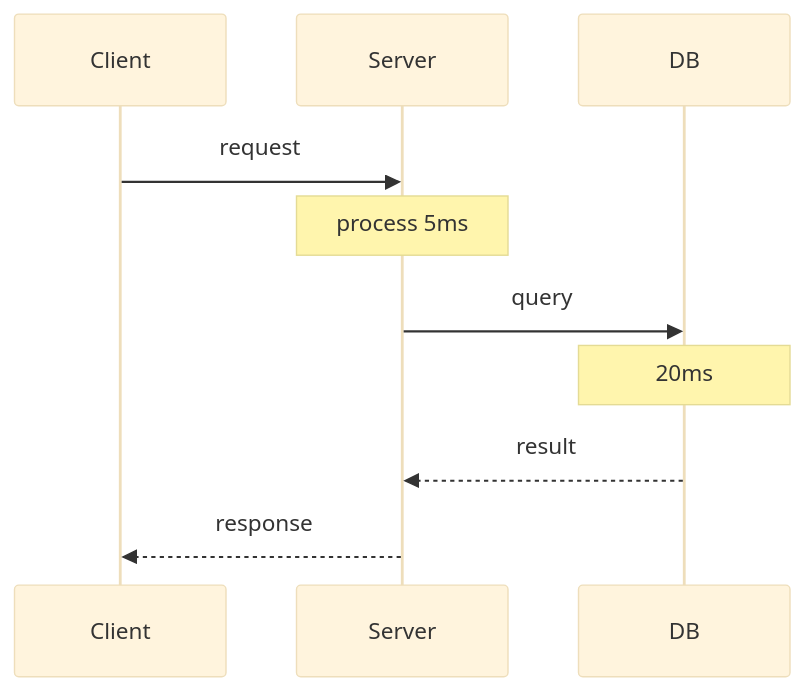
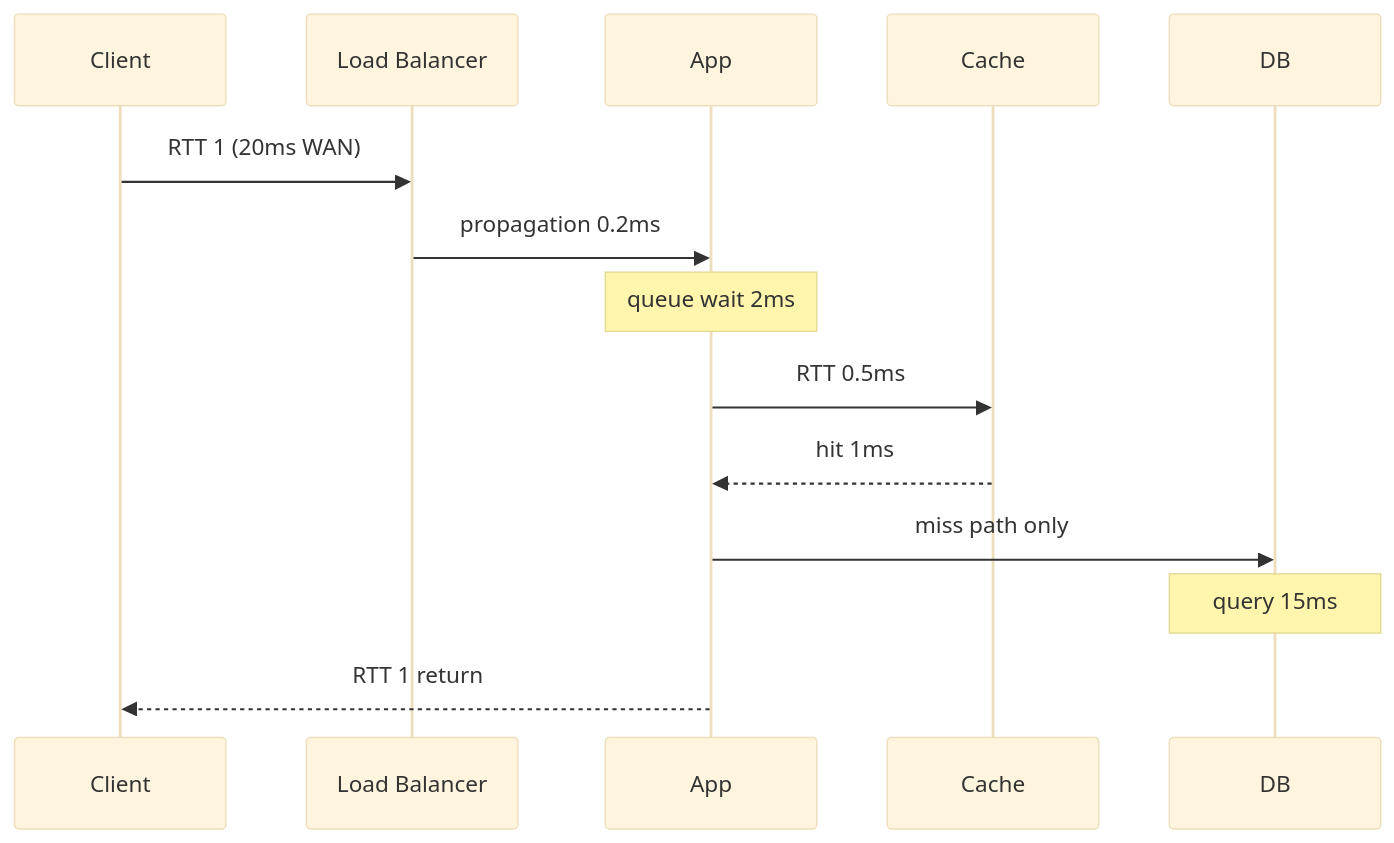
One commit to hareramcse/SystemDesign changed the fourth of 27 diagrams in 04-distributed-system/README.md. Above: the diagram before and after it, drawn with Mermaid (base theme). The commit also changed other lines of this file and 14 other files, not shown here.

````diff
--- a/04-distributed-system/README.md
+++ b/04-distributed-system/README.md
@@ -194,12 +202,16 @@
 ```mermaid
 sequenceDiagram
     participant Client
-    participant Server
+    participant LB as Load Balancer
+    participant App
+    participant Cache
     participant DB
-    Client->>Server: request
-    Note over Server: process 5ms
-    Server->>DB: query
-    Note over DB: 20ms
-    DB-->>Server: result
-    Server-->>Client: response
+    Client->>LB: RTT 1 (20ms WAN)
+    LB->>App: propagation 0.2ms
+    Note over App: queue wait 2ms
+    App->>Cache: RTT 0.5ms
+    Cache-->>App: hit 1ms
+    App->>DB: miss path only
+    Note over DB: query 15ms
+    App-->>Client: RTT 1 return
 ```
````
